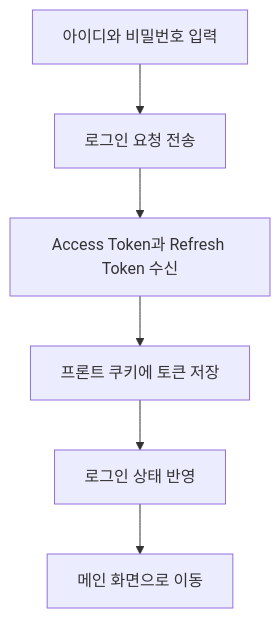
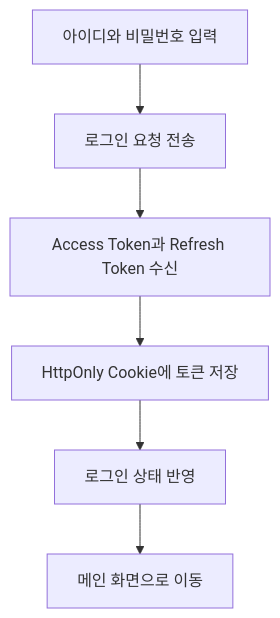
The first of 2 diagrams in StockFrontEnd/docs/01-auth.md (poi277/StockProject), drawn with Mermaid before and after one commit. The commit also changed other lines of this file and 49 other files, not shown here.

````diff
--- a/StockFrontEnd/docs/01-auth.md
+++ b/StockFrontEnd/docs/01-auth.md
@@ -110,8 +300,8 @@
 ```mermaid
 flowchart TD
   Input["아이디와 비밀번호 입력"] --> Request["로그인 요청 전송"]
   Request --> Response["Access Token과 Refresh Token 수신"]
-  Response --> Cookie["프론트 쿠키에 토큰 저장"]
+  Response --> Cookie["HttpOnly Cookie에 토큰 저장"]
   Cookie --> State["로그인 상태 반영"]
   State --> Move["메인 화면으로 이동"]
 ```
````
